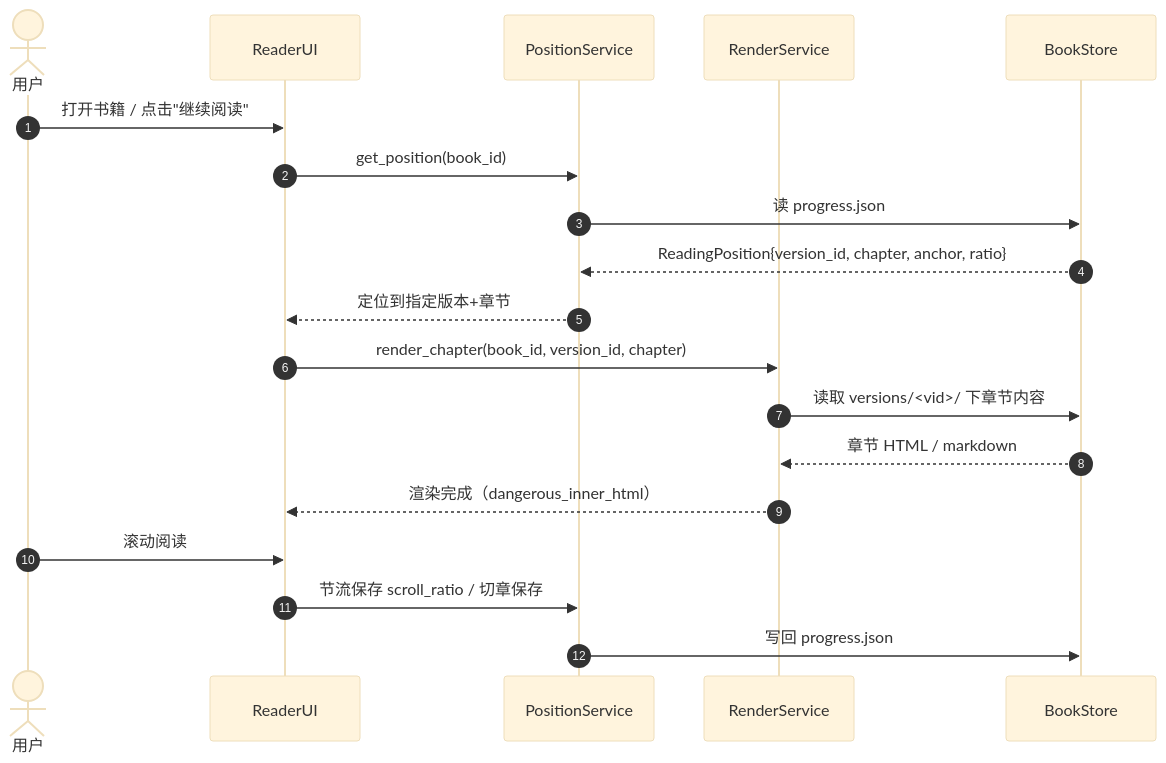
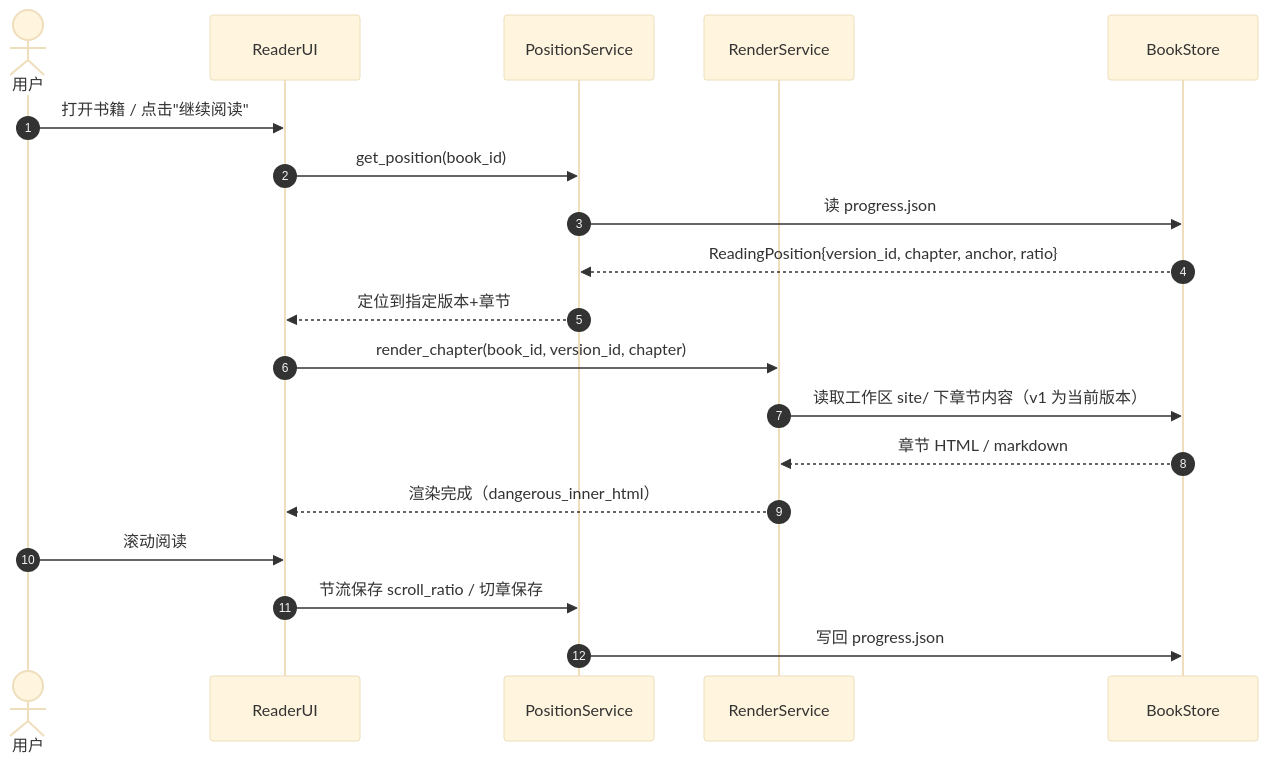
Before and after one commit to MNFConde/mdor: the third of 5 diagrams in doc/project.md, drawn with Mermaid (base theme). The commit also changed other lines of this file and 1 other file, not shown here.

````diff
--- a/doc/project.md
+++ b/doc/project.md
@@ -254,22 +260,22 @@
 ```mermaid
 sequenceDiagram
     autonumber
     actor U as 用户
     participant RD as ReaderUI
     participant PS as PositionService
     participant RS as RenderService
     participant BS as BookStore
 
     U->>RD: 打开书籍 / 点击"继续阅读"
     RD->>PS: get_position(book_id)
     PS->>BS: 读 progress.json
     BS-->>PS: ReadingPosition{version_id, chapter, anchor, ratio}
     PS-->>RD: 定位到指定版本+章节
     RD->>RS: render_chapter(book_id, version_id, chapter)
-    RS->>BS: 读取 versions/<vid>/ 下章节内容
+    RS->>BS: 读取工作区 site/ 下章节内容（v1 为当前版本）
     BS-->>RS: 章节 HTML / markdown
     RS-->>RD: 渲染完成（dangerous_inner_html）
     U->>RD: 滚动阅读
     RD->>PS: 节流保存 scroll_ratio / 切章保存
     PS->>BS: 写回 progress.json
 ```
````
